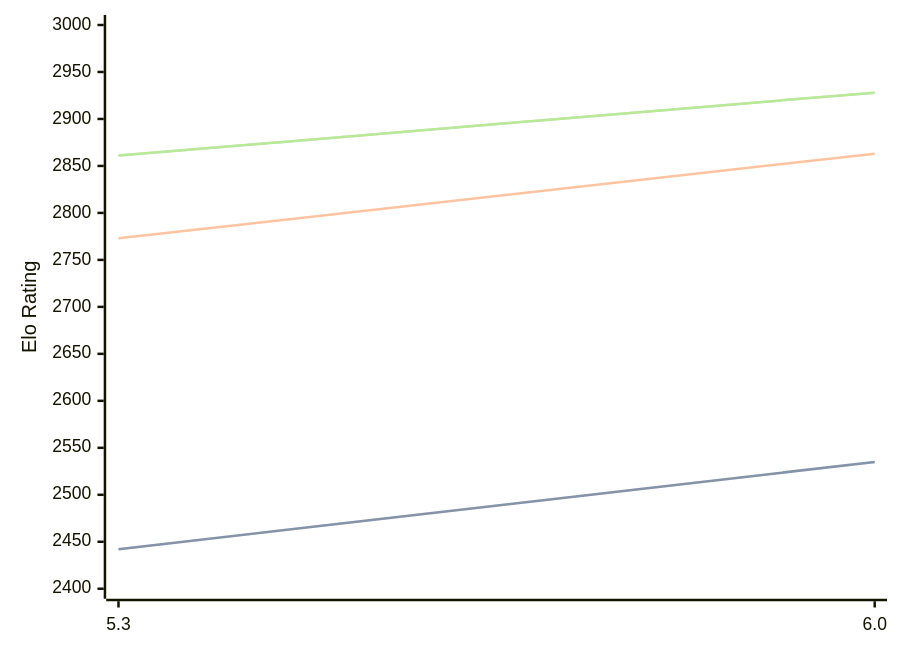
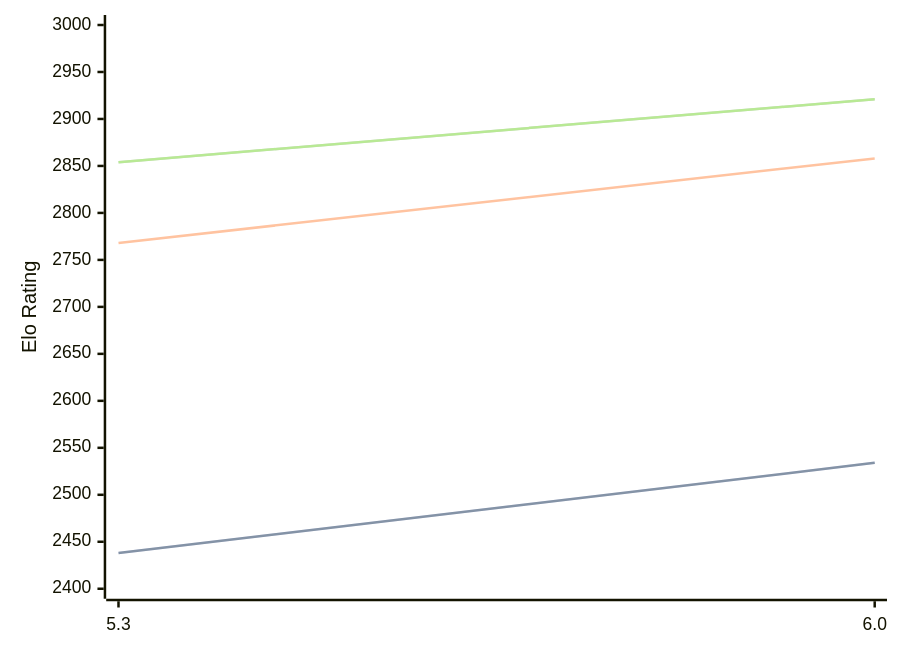
The diagram in engines/tomitankChess.md (computer-chess-index/cci), drawn with Mermaid before and after one commit. The commit also changed other lines of this file, not shown here.

Commit message:
Update CCI Ratings (ELO VLTC) - 2026-05-18

````diff
--- a/engines/tomitankChess.md
+++ b/engines/tomitankChess.md
@@ -40,11 +40,11 @@
 ```mermaid
 %%{init: {"theme":"base","themeVariables":{"seriesColors:['#a3a3a3','#222221','#faa371']}}}%%
 xychart-beta
   x-axis ["5.3", "6.0"]
   y-axis "Elo Rating" 2400 --> 3000
-  line "STC (8.0+0.08s)" [2442, 2535]
-  line "STC (8.0+0.08s)" [2442, 2535]
-  line "LTC (60.0+0.60s)" [2773, 2863]
-  line "VLTC (2m24s+1.12s)" [2861, 2928]
-  line "VLTC (2m24s+1.12s)" [2861, 2928]
+  line "STC (8.0+0.08s)" [2438, 2534]
+  line "STC (8.0+0.08s)" [2438, 2534]
+  line "LTC (60.0+0.60s)" [2768, 2858]
+  line "VLTC (2m24s+1.12s)" [2854, 2921]
+  line "VLTC (2m24s+1.12s)" [2854, 2921]
 ```
````
